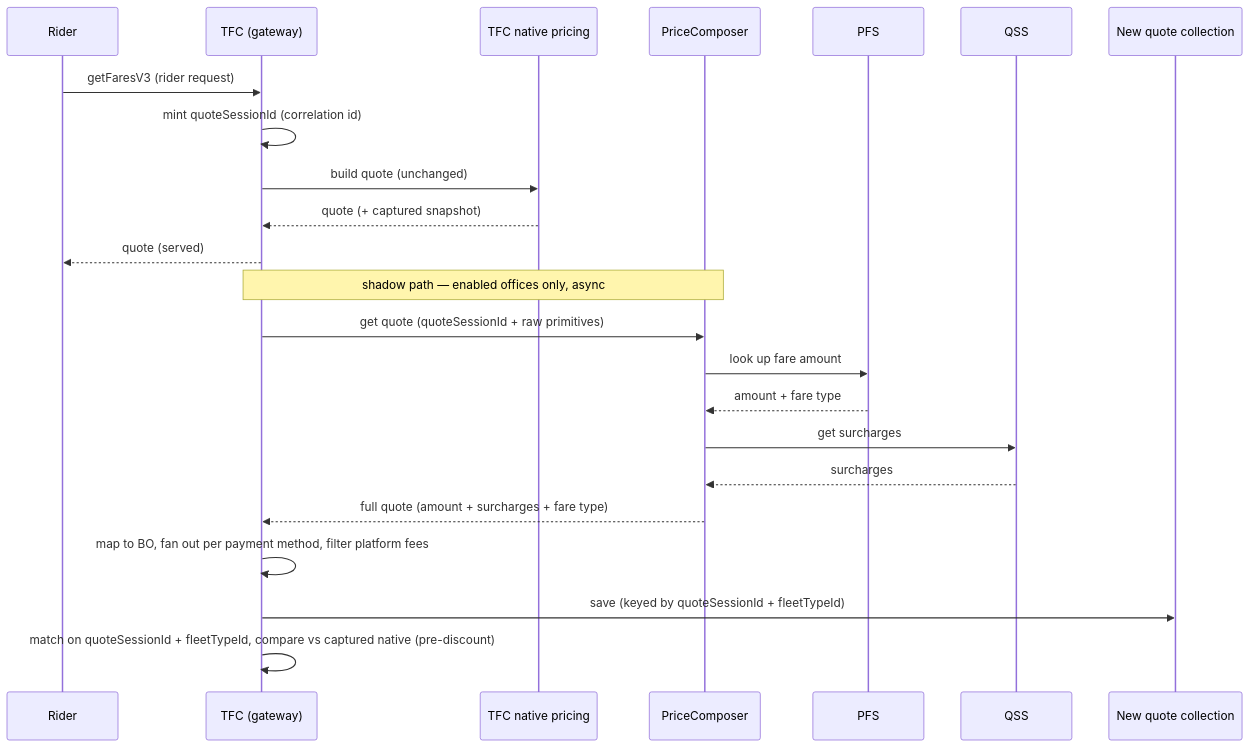
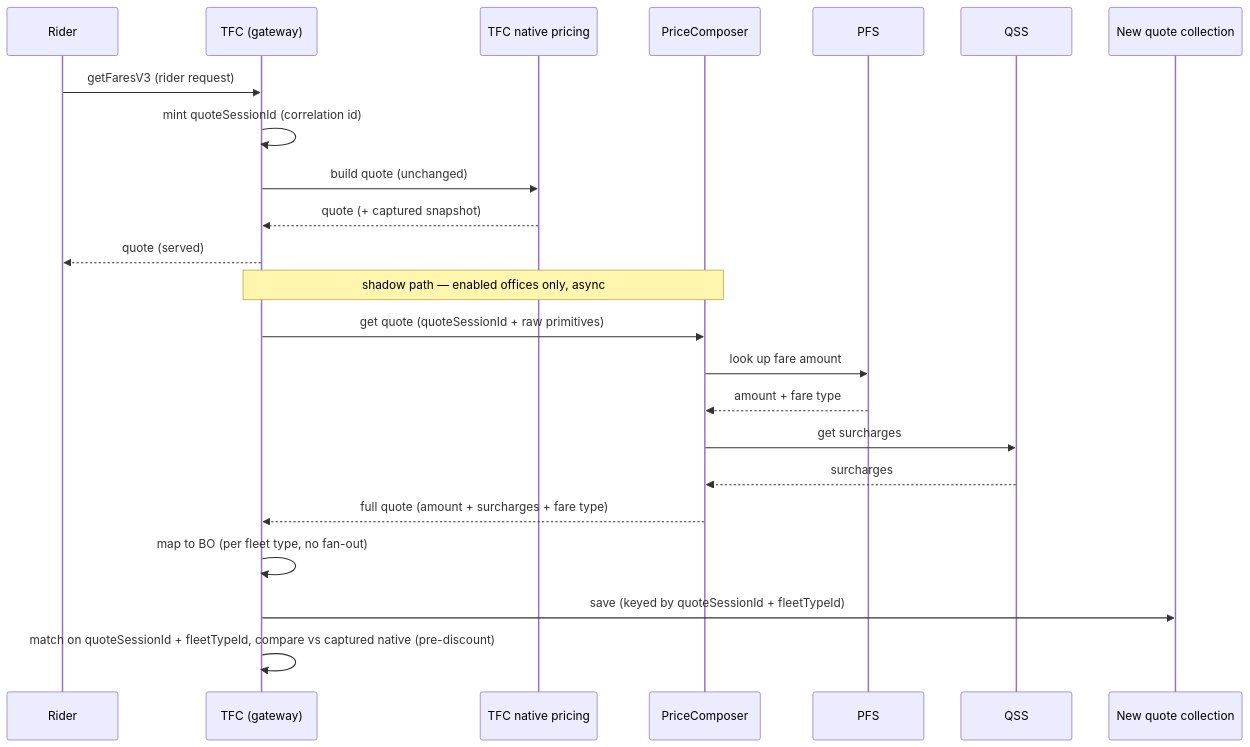
The second of 2 diagrams in md/pc-predefined-architecture.md (vimaljames-lyft/Lyft-FN-Rider-Price-Orchestration-Docs), drawn with Mermaid before and after one commit. The commit also changed other lines of this file, not shown here.

````diff
--- a/md/pc-predefined-architecture.md
+++ b/md/pc-predefined-architecture.md
@@ -65,27 +63,27 @@
 ```mermaid
 sequenceDiagram
     participant Rider
     participant TFC as TFC (gateway)
     participant Native as TFC native pricing
     participant PC as PriceComposer
     participant PFS
     participant QSS
     participant Store as New quote collection
 
     Rider->>TFC: getFaresV3 (rider request)
     TFC->>TFC: mint quoteSessionId (correlation id)
     TFC->>Native: build quote (unchanged)
     Native-->>TFC: quote (+ captured snapshot)
     TFC-->>Rider: quote (served)
 
     Note over TFC,PC: shadow path — enabled offices only, async
     TFC->>PC: get quote (quoteSessionId + raw primitives)
     PC->>PFS: look up fare amount
     PFS-->>PC: amount + fare type
     PC->>QSS: get surcharges
     QSS-->>PC: surcharges
     PC-->>TFC: full quote (amount + surcharges + fare type)
-    TFC->>TFC: map to BO, fan out per payment method, filter platform fees
+    TFC->>TFC: map to BO (per fleet type, no fan-out)
     TFC->>Store: save (keyed by quoteSessionId + fleetTypeId)
     TFC->>TFC: match on quoteSessionId + fleetTypeId, compare vs captured native (pre-discount)
 ```
````
